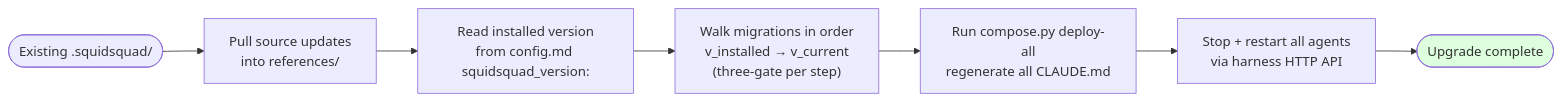
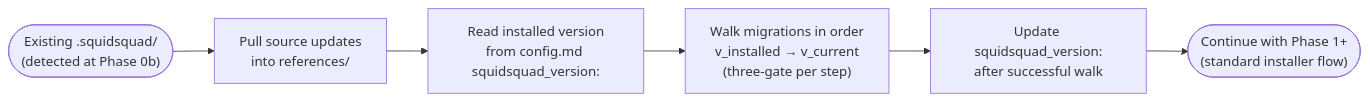
The third of 3 diagrams in docs/INSTALLER-ARCH.md (WallyDoodlez/SquidSquad), drawn with Mermaid before and after one commit. The commit also changed other lines of this file, not shown here.

````diff
--- a/docs/INSTALLER-ARCH.md
+++ b/docs/INSTALLER-ARCH.md
@@ -424,13 +431,11 @@
 ```mermaid
 flowchart LR
-    Existing(["Existing .squidsquad/"])
+    Existing(["Existing .squidsquad/<br/>(detected at Phase 0b)"])
     Pull["Pull source updates<br/>into references/"]
     ReadV["Read installed version<br/>from config.md squidsquad_version:"]
     Walk["Walk migrations in order<br/>v_installed → v_current<br/>(three-gate per step)"]
-    Recompose["Run compose.py deploy-all<br/>regenerate all CLAUDE.md"]
-    Restart["Stop + restart all agents<br/>via harness HTTP API"]
-    Done(["Upgrade complete"])
+    Stamp["Update squidsquad_version:<br/>after successful walk"]
+    Cont(["Continue with Phase 1+<br/>(standard installer flow)"])
 
-    Existing --> Pull --> ReadV --> Walk --> Recompose --> Restart --> Done
-    style Done fill:#dfd
+    Existing --> Pull --> ReadV --> Walk --> Stamp --> Cont
 ```
````
